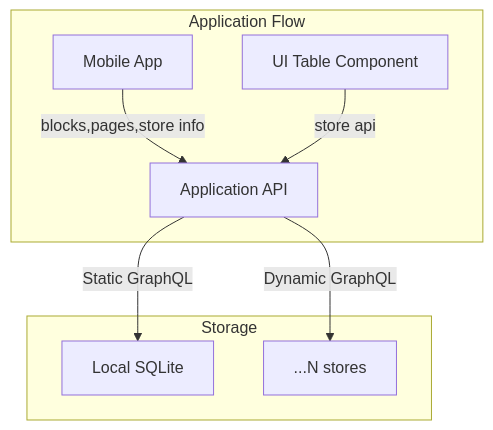
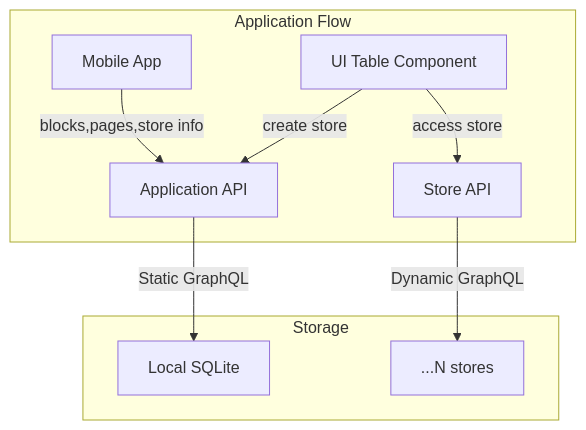
Before and after one commit to dotansimha/experimental-stuff: the diagram in README.md, drawn with Mermaid.

````diff
--- a/README.md
+++ b/README.md
@@ -7,17 +7,18 @@
 ```mermaid
 flowchart TB
     app_api[Application API]-->|Static GraphQL|app_db
-    app_api[Application API]-->|Dynamic GraphQL|store_db
+    store_api[Store API]-->|Dynamic GraphQL|store_db
     
     subgraph "Application Flow"
     mobile_app[Mobile App]-->|blocks,pages,store info|app_api
-    ui_comp[UI Table Component]-->|store api|app_api
+    ui_comp[UI Table Component]-->|create store|app_api
+    ui_comp-->|access store|store_api
     
     end
 
     
     subgraph "Storage"
     app_db[Local SQLite]
     store_db[...N stores]
     end
 ```
````
